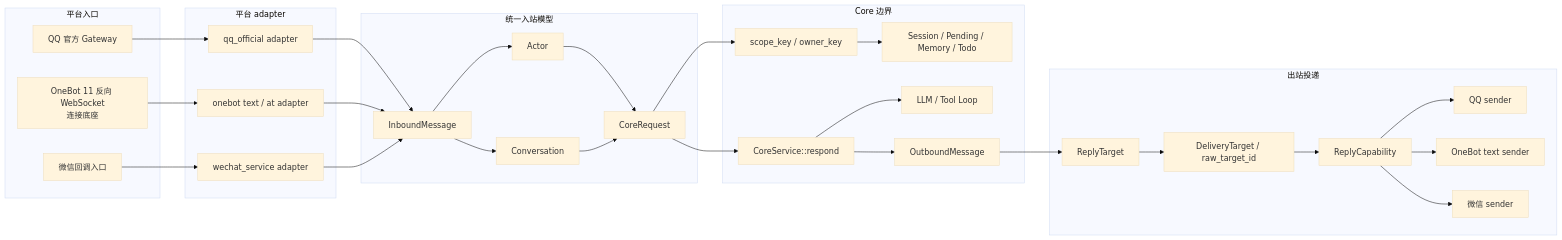
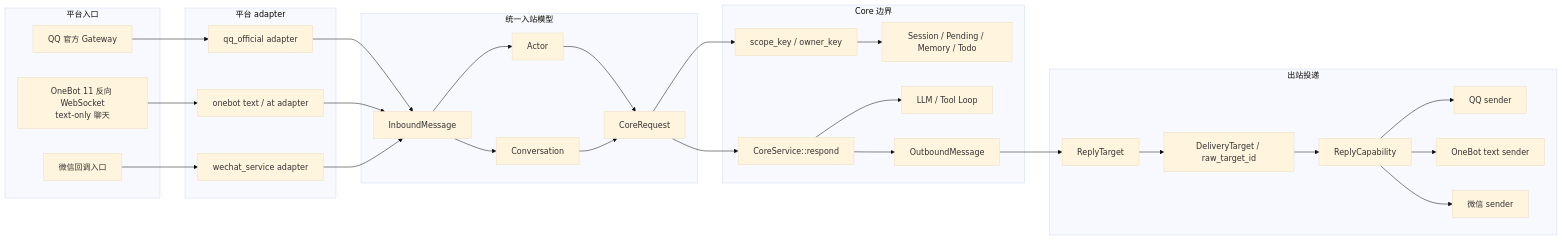
Before and after one commit to kuliantnt/qq-maid-bot: the diagram in qq-maid-gateway-rs/README.md, drawn with Mermaid (base theme). The commit also changed other lines of this file and 10 other files, not shown here.

First line of the commit message:
feat: 打通 OneBot Core 聊天闭环 (#450)

````diff
--- a/qq-maid-gateway-rs/README.md
+++ b/qq-maid-gateway-rs/README.md
@@ -7,52 +7,52 @@
 ```mermaid
 flowchart LR
     subgraph platform_in["平台入口"]
         qq["QQ 官方 Gateway"]
-        onebot["OneBot 11 反向 WebSocket<br/>连接底座"]
+        onebot["OneBot 11 反向 WebSocket<br/>text-only 聊天"]
         wechat["微信回调入口"]
     end
 
     subgraph adapters["平台 adapter"]
         qq_adapter["qq_official adapter"]
         onebot_adapter["onebot text / at adapter"]
         wechat_adapter["wechat_service adapter"]
     end
 
     subgraph inbound["统一入站模型"]
         inbound_msg["InboundMessage"]
         actor["Actor"]
         conversation["Conversation"]
         core_request["CoreRequest"]
     end
 
     subgraph core["Core 边界"]
         core_service["CoreService::respond"]
         business_keys["scope_key / owner_key"]
         state["Session / Pending / Memory / Todo"]
         llm["LLM / Tool Loop"]
         outbound_msg["OutboundMessage"]
     end
 
     subgraph outbound["出站投递"]
         reply_target["ReplyTarget"]
         delivery_target["DeliveryTarget / raw_target_id"]
         capability["ReplyCapability"]
         qq_sender["QQ sender"]
         onebot_sender["OneBot text sender"]
         wechat_sender["微信 sender"]
     end
 
     qq --> qq_adapter --> inbound_msg
     onebot --> onebot_adapter --> inbound_msg
     wechat --> wechat_adapter --> inbound_msg
     inbound_msg --> actor --> core_request
     inbound_msg --> conversation --> core_request
     core_request --> core_service
     core_request --> business_keys --> state
     core_service --> llm
     core_service --> outbound_msg
     outbound_msg --> reply_target --> delivery_target --> capability
     capability --> qq_sender
     capability --> onebot_sender
     capability --> wechat_sender
 ```
````
